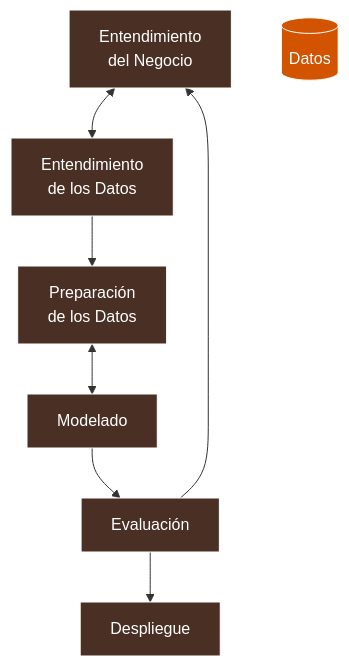
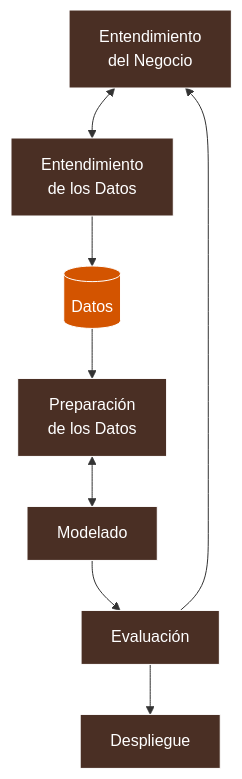
Before and after one commit to b1tcod3/data-falcon: the diagram in ciencia-de-datos/code/courses/intro-ciencia-datos/04-el-proceso-de-ciencia-de-datos.md, drawn with Mermaid.

Commit message:
conectar nodo Datos dentro del ciclo de CRISP-DM entre DU y DP

````diff
--- a/ciencia-de-datos/code/courses/intro-ciencia-datos/04-el-proceso-de-ciencia-de-datos.md
+++ b/ciencia-de-datos/code/courses/intro-ciencia-datos/04-el-proceso-de-ciencia-de-datos.md
@@ -7,30 +7,31 @@
 ```mermaid
 flowchart TB
     %% Definición de Nodos de Proceso
     BU["Entendimiento<br>del Negocio"]
     DU["Entendimiento<br>de los Datos"]
     DP["Preparación<br>de los Datos"]
     M["Modelado"]
     E["Evaluación"]
     D["Despliegue"]
 
     %% Nodo Central de Almacenamiento
     DB[("Datos")]
 
     %% Relaciones y Flujos Técnicos
     BU <--> DU
-    DU --> DP
+    DU --> DB
+    DB --> DP
     DP <--> M
     M --> E
     E ---> BU
     E --> D
 
     %% Estilos visuales
     style BU fill:#4a2f24,stroke:#fff,stroke-width:1px,color:#fff
     style DU fill:#4a2f24,stroke:#fff,stroke-width:1px,color:#fff
     style DP fill:#4a2f24,stroke:#fff,stroke-width:1px,color:#fff
     style M fill:#4a2f24,stroke:#fff,stroke-width:1px,color:#fff
     style E fill:#4a2f24,stroke:#fff,stroke-width:1px,color:#fff
     style D fill:#4a2f24,stroke:#fff,stroke-width:1px,color:#fff
     style DB fill:#d35400,stroke:#fff,stroke-width:1px,color:#fff
 ```
````
